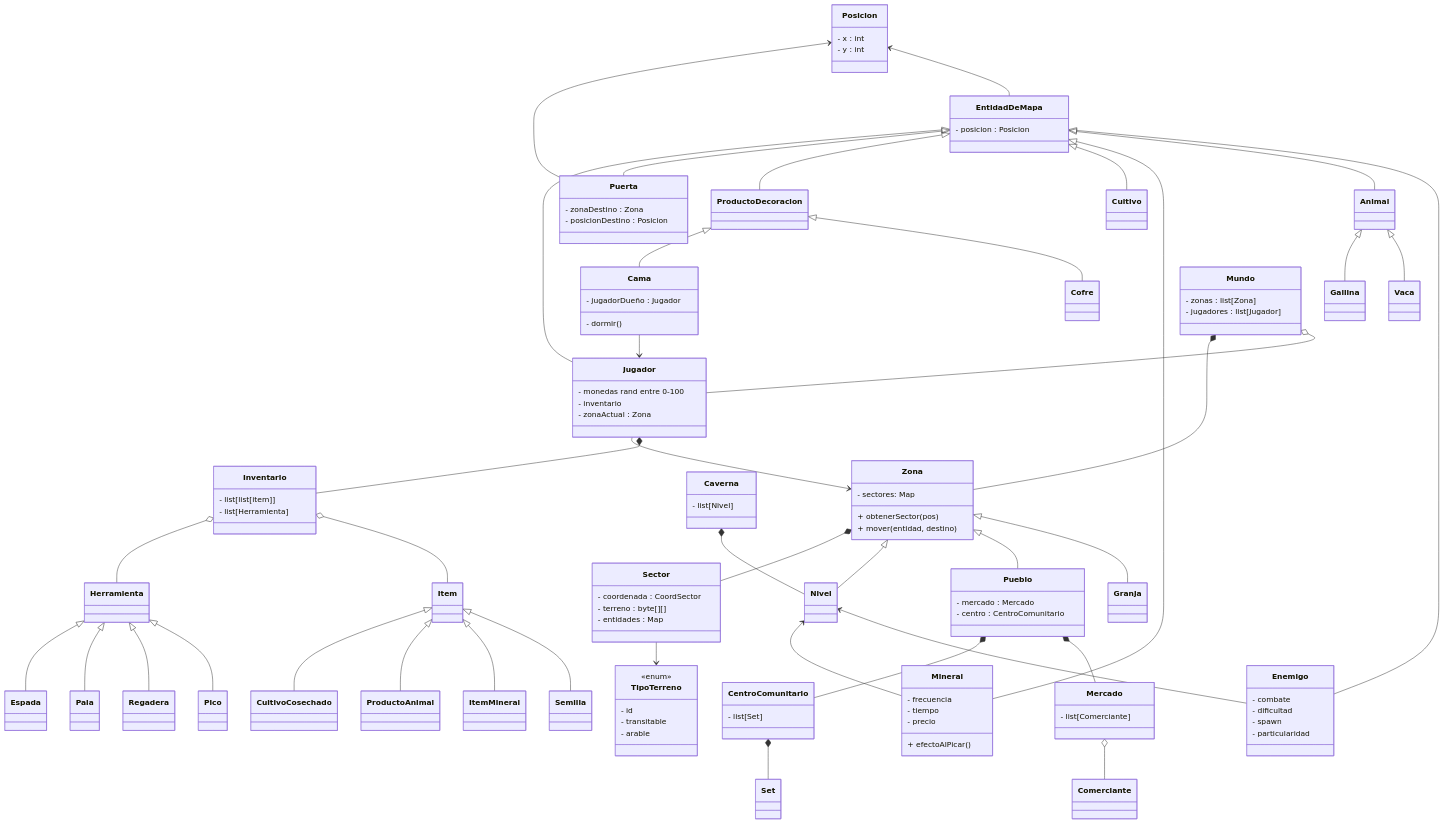
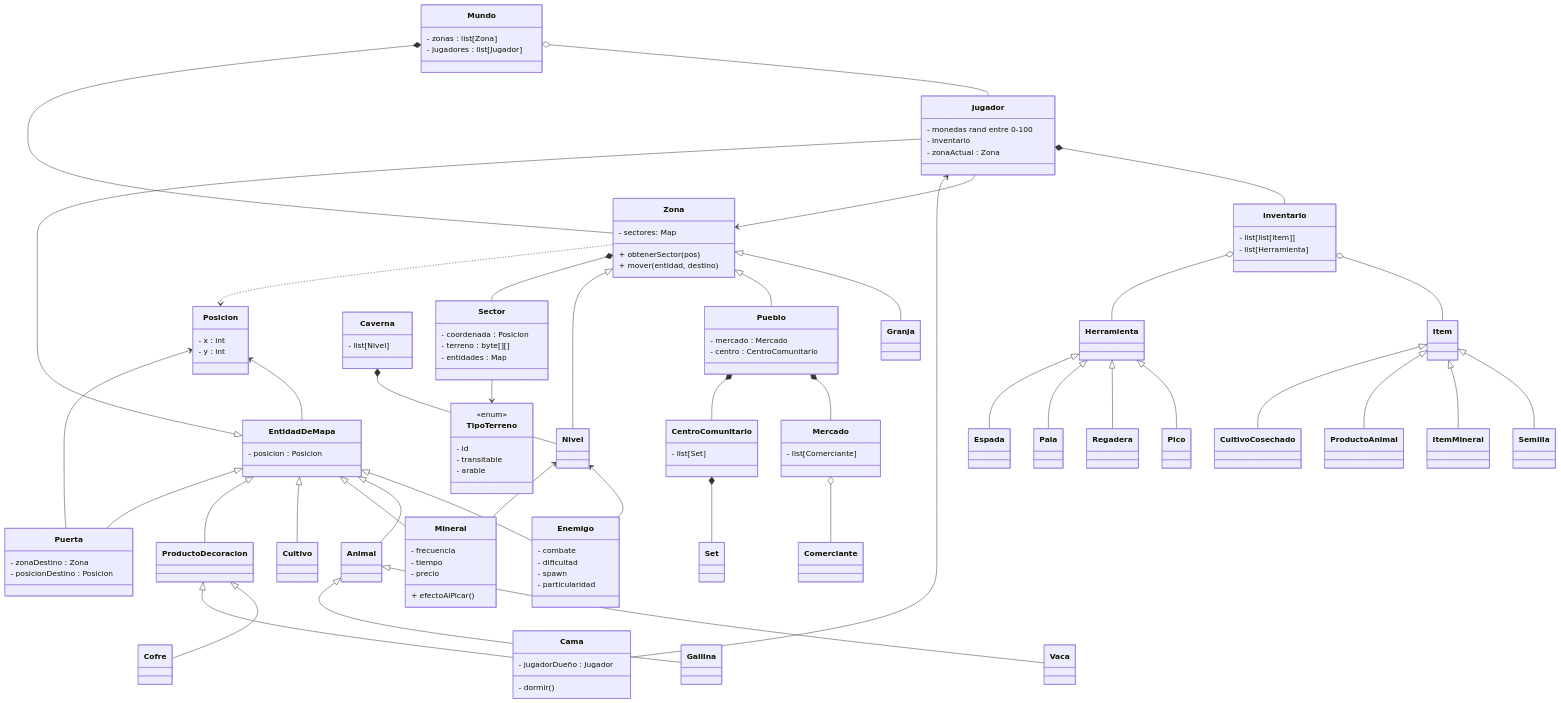
One commit to Nahuelfranco12/TP-TALLER-DE-PROGRAMACION-G9-2C26 changed the diagram in docs/diagrama.md. Above: the diagram before and after it, drawn with Mermaid.

Commit message:
chore: diagrama

```diff
--- a/docs/diagrama.md
+++ b/docs/diagrama.md
@@ -126,7 +126,7 @@
 Mundo o-- Jugador
 
 class Zona {
-    - sectores: Map<CoordSector, Sector>
+    - sectores: Map<Posicion, Sector>
 
     + obtenerSector(pos)
     + mover(entidad, destino)
@@ -138,7 +138,7 @@
 Jugador --> Zona
 
 class Sector {
-    - coordenada : CoordSector
+    - coordenada : Posicion
     - terreno : byte[][]
     - entidades : Map<Posicion, EntidadDeMapa>
     %% - lock
@@ -159,6 +159,7 @@
     - x : int
     - y : int
 }
+Zona ..> Posicion
 
 class Puerta {
     - zonaDestino : Zona
```
